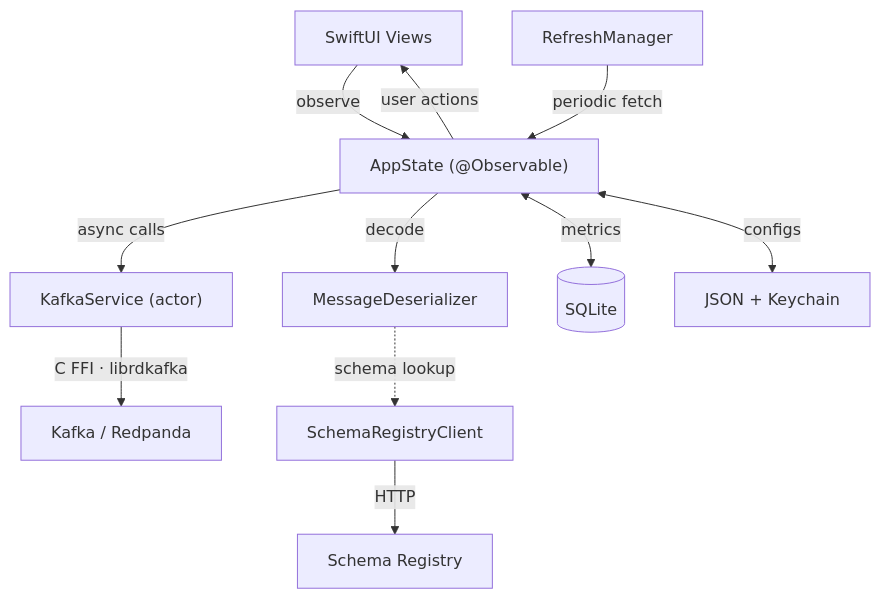
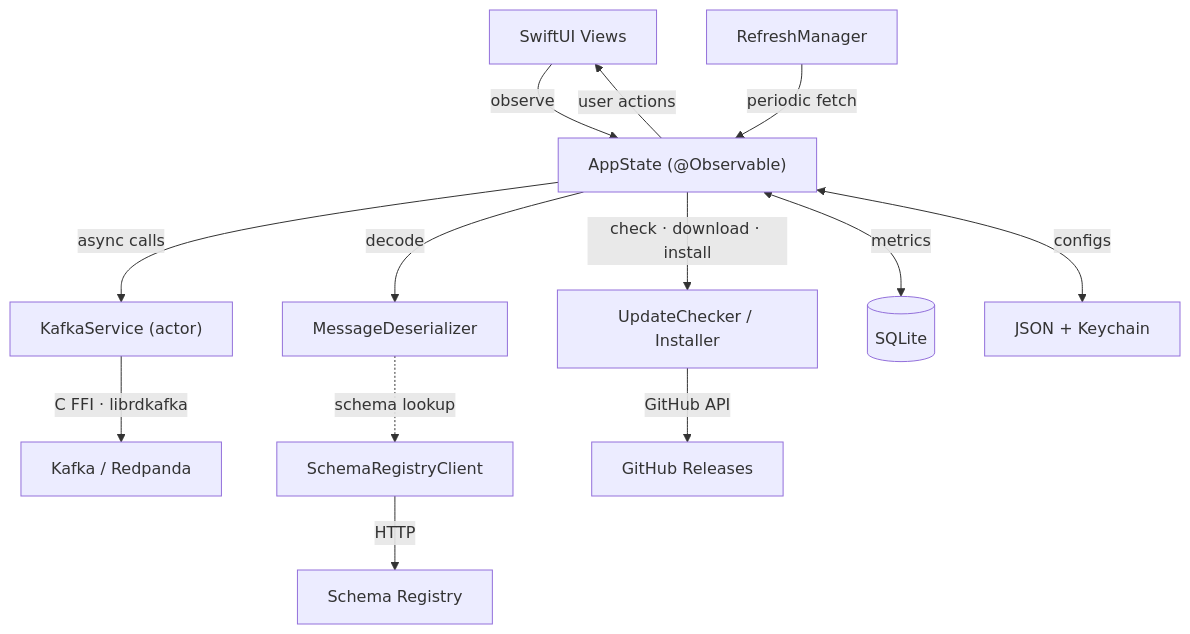
One commit to Ender-Wang/Swifka changed the diagram in README.md. Above: the diagram before and after it, drawn with Mermaid. The commit also changed other lines of this file and 3 other files, not shown here.

````diff
--- a/README.md
+++ b/README.md
@@ -168,13 +120,15 @@
 ```mermaid
 graph TD
     V["SwiftUI Views"] -->|"observe"| A["AppState (@Observable)"]
     A -->|"user actions"| V
     R["RefreshManager"] -->|"periodic fetch"| A
     A -->|"async calls"| K["KafkaService (actor)"]
     K -->|"C FFI · librdkafka"| C["Kafka / Redpanda"]
     A -->|"decode"| D["MessageDeserializer"]
     D -.->|"schema lookup"| S["SchemaRegistryClient"]
     S -->|"HTTP"| SR["Schema Registry"]
+    A -->|"check · download · install"| U["UpdateChecker / Installer"]
+    U -->|"GitHub API"| GH["GitHub Releases"]
     A <-->|"metrics"| DB[("SQLite")]
     A <-->|"configs"| CS["JSON + Keychain"]
 ```
````
